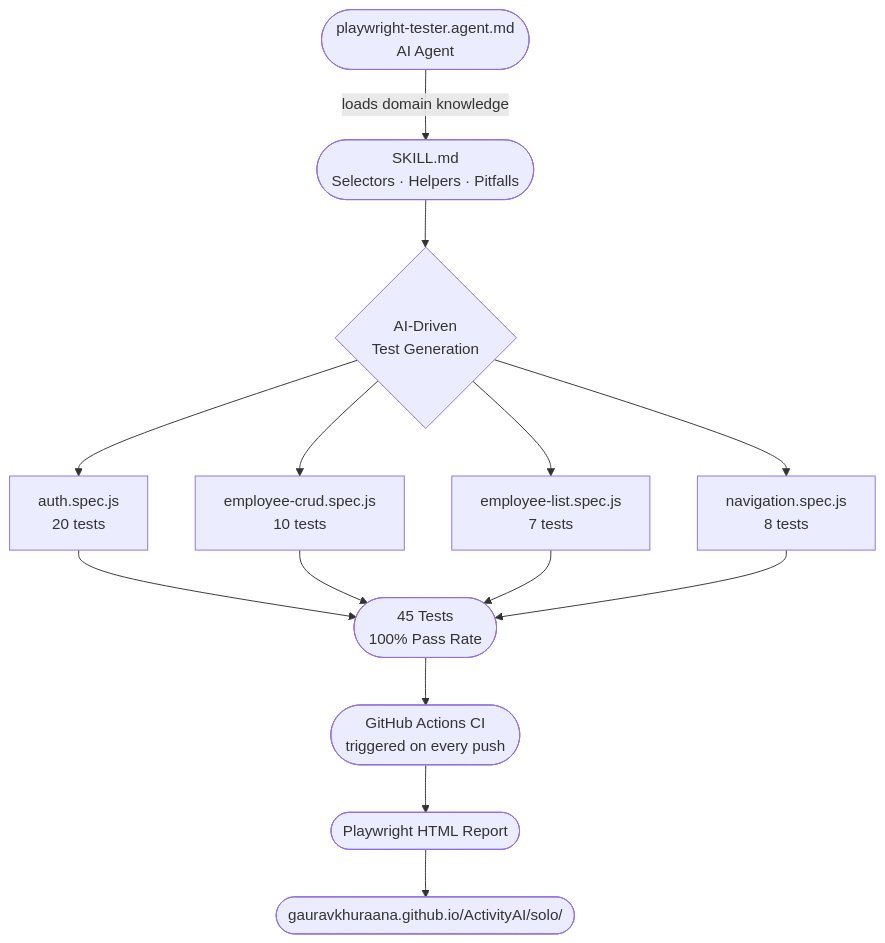
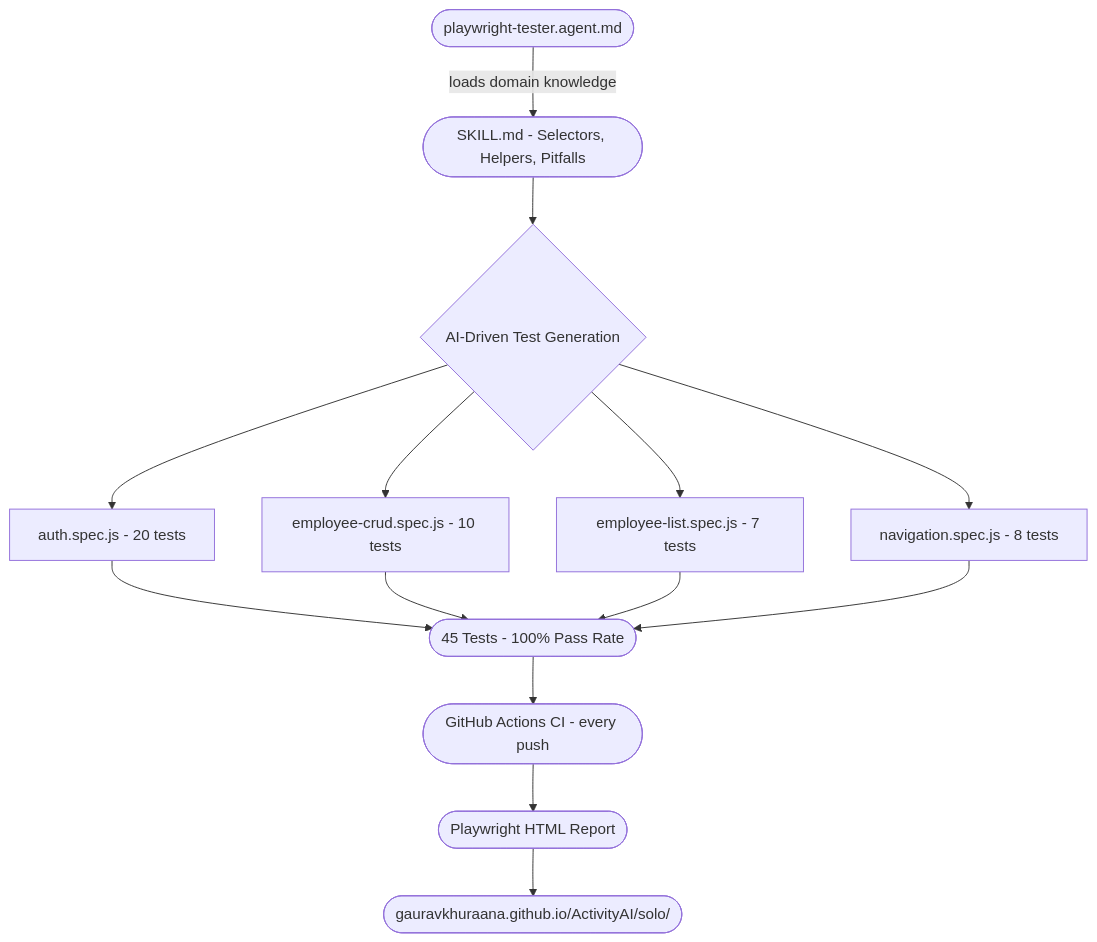
One commit to gauravkhuraana/ActivityAI changed the diagram in SOLO_ACTIVITY/README.md. Above: the diagram before and after it, drawn with Mermaid. The commit also changed 1 other file, not shown here.

Commit message:
fix: Remove literal \n from Mermaid node labels so GitHub renders diagrams

````diff
--- a/SOLO_ACTIVITY/README.md
+++ b/SOLO_ACTIVITY/README.md
@@ -11,13 +11,13 @@
 ```mermaid
 flowchart TD
-    A([playwright-tester.agent.md\nAI Agent]) -->|loads domain knowledge| B([SKILL.md\nSelectors · Helpers · Pitfalls])
-    B --> C{AI-Driven\nTest Generation}
-    C --> D[auth.spec.js\n20 tests]
-    C --> E[employee-crud.spec.js\n10 tests]
-    C --> F[employee-list.spec.js\n7 tests]
-    C --> G[navigation.spec.js\n8 tests]
-    D & E & F & G --> H([45 Tests\n100% Pass Rate])
-    H --> I([GitHub Actions CI\ntriggered on every push])
+    A([playwright-tester.agent.md]) -->|loads domain knowledge| B([SKILL.md - Selectors, Helpers, Pitfalls])
+    B --> C{AI-Driven Test Generation}
+    C --> D[auth.spec.js - 20 tests]
+    C --> E[employee-crud.spec.js - 10 tests]
+    C --> F[employee-list.spec.js - 7 tests]
+    C --> G[navigation.spec.js - 8 tests]
+    D & E & F & G --> H([45 Tests - 100% Pass Rate])
+    H --> I([GitHub Actions CI - every push])
     I --> J([Playwright HTML Report])
     J --> K([gauravkhuraana.github.io/ActivityAI/solo/])
 ```
````
